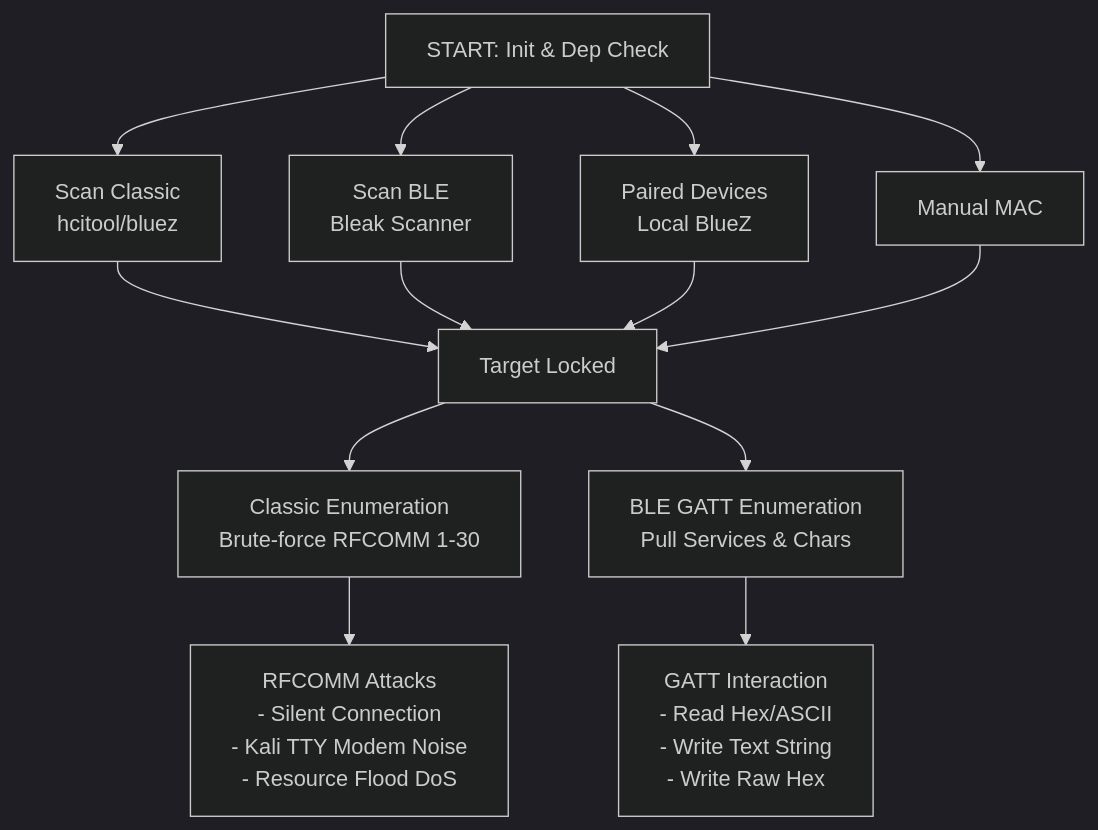
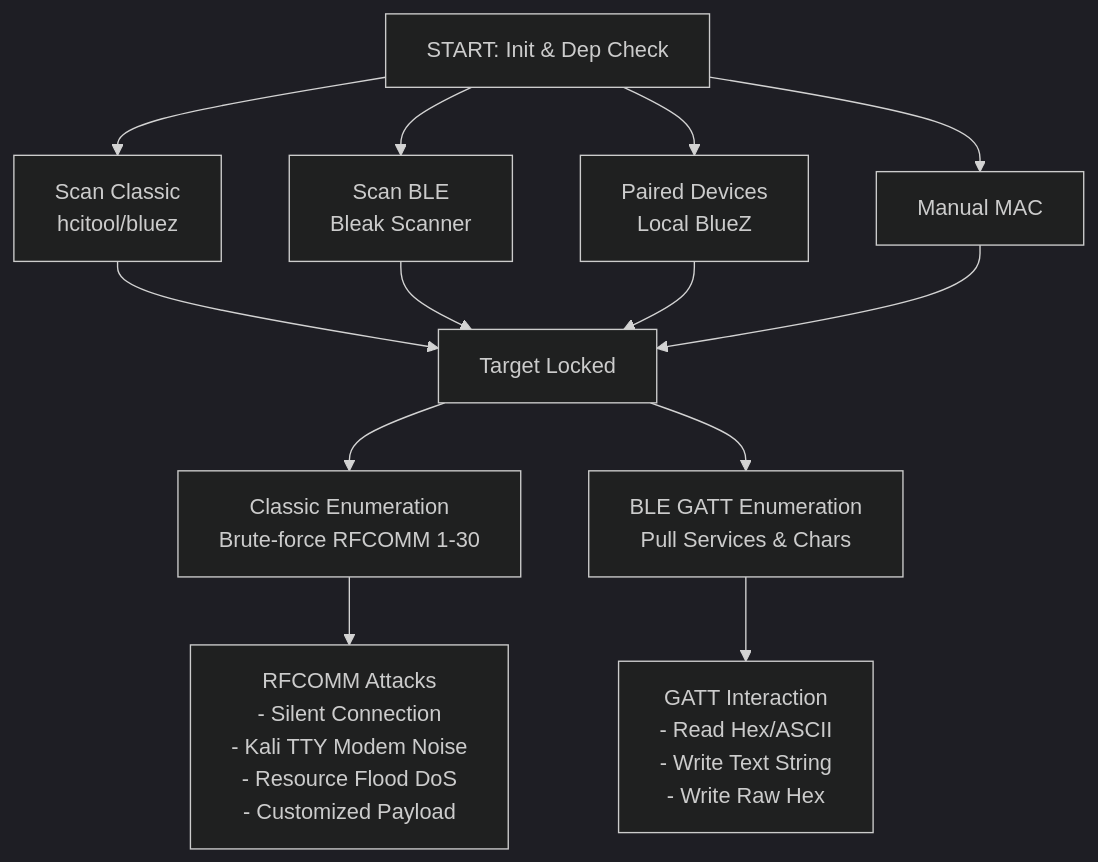
One commit to threadpoolx/DissPair changed the diagram in README.md. Above: the diagram before and after it, drawn with Mermaid (dark theme).

````diff
--- a/README.md
+++ b/README.md
@@ -96,11 +96,11 @@
 ```mermaid
 flowchart TB
     Start["START: Init & Dep Check"] --> ScanClassic["Scan Classic\nhcitool/bluez"] & ScanBLE["Scan BLE\nBleak Scanner"] & PairedDevices["Paired Devices\nLocal BlueZ"] & ManualMAC["Manual MAC"]
     ScanClassic --> TargetLocked["Target Locked"]
     ScanBLE --> TargetLocked
     PairedDevices --> TargetLocked
     ManualMAC --> TargetLocked
     TargetLocked --> ClassicEnum["Classic Enumeration\nBrute-force RFCOMM 1-30"] & BLEEnum["BLE GATT Enumeration\nPull Services & Chars"]
-    ClassicEnum --> ClassicAttacks["RFCOMM Attacks\n- Silent Connection\n- Kali TTY Modem Noise\n- Resource Flood DoS"]
+    ClassicEnum --> ClassicAttacks["RFCOMM Attacks\n- Silent Connection\n- Kali TTY Modem Noise\n- Resource Flood DoS\n- Customized Payload"]
     BLEEnum --> BLEAttacks["GATT Interaction\n- Read Hex/ASCII\n- Write Text String\n- Write Raw Hex"]
 ```
````
